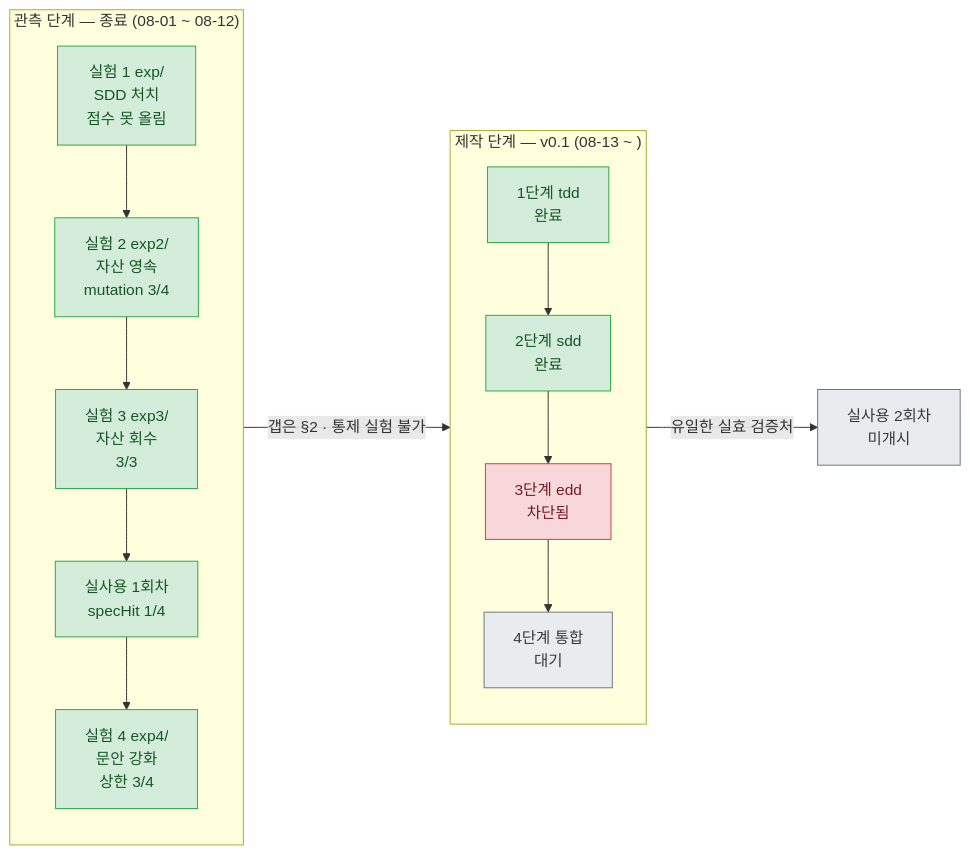
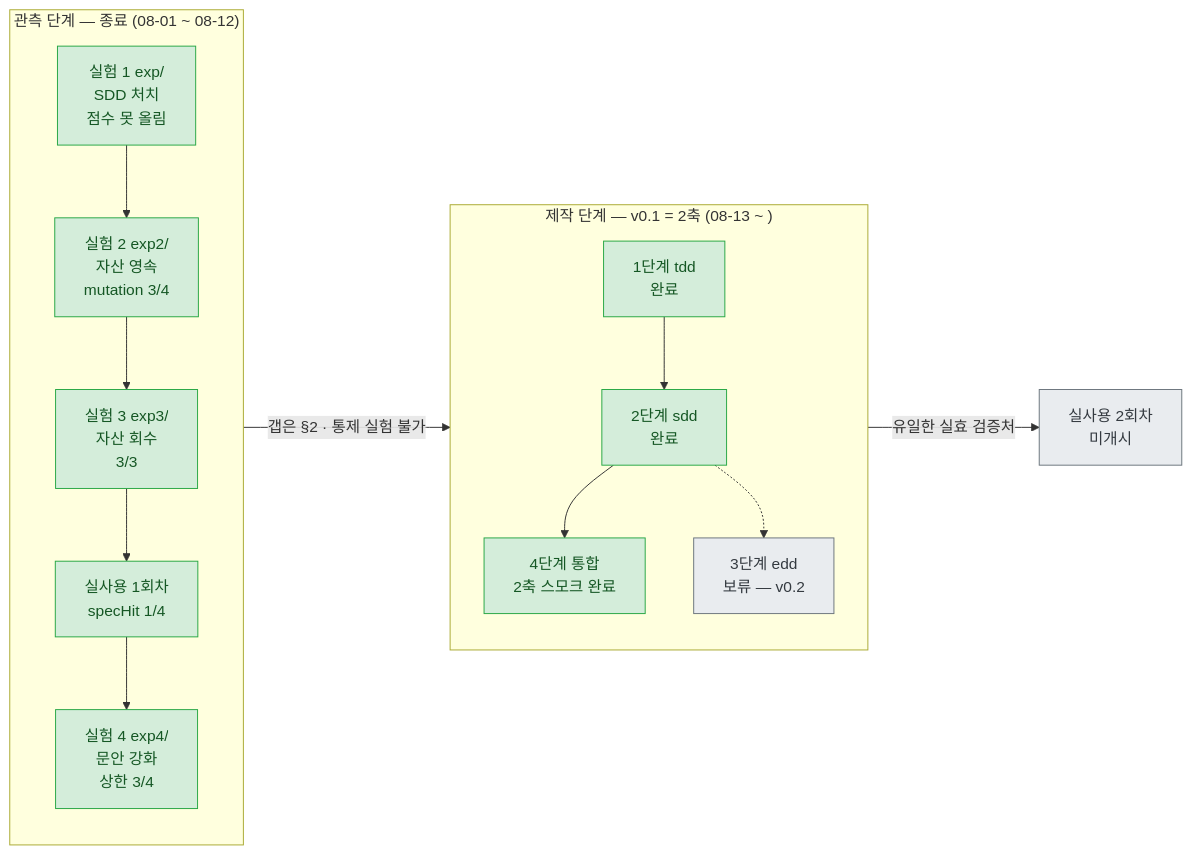
One commit to h102-log/vibe-coding-lab changed the first of 4 diagrams in docs/STATUS.md. Above: the diagram before and after it, drawn with Mermaid. The commit also changed other lines of this file and 18 other files, not shown here.

````diff
--- a/docs/STATUS.md
+++ b/docs/STATUS.md
@@ -20,31 +20,31 @@
 ```mermaid
 flowchart LR
   subgraph OBS["관측 단계 — 종료 (08-01 ~ 08-12)"]
     direction TB
     E1["실험 1 exp/<br/>SDD 처치<br/>점수 못 올림"]
     E2["실험 2 exp2/<br/>자산 영속<br/>mutation 3/4"]
     E3["실험 3 exp3/<br/>자산 회수<br/>3/3"]
     E4["실사용 1회차<br/>specHit 1/4"]
     E5["실험 4 exp4/<br/>문안 강화<br/>상한 3/4"]
     E1 --> E2 --> E3 --> E4 --> E5
   end
 
-  subgraph BUILD["제작 단계 — v0.1 (08-13 ~ )"]
+  subgraph BUILD["제작 단계 — v0.1 = 2축 (08-13 ~ )"]
     direction TB
     S1["1단계 tdd<br/>완료"]
     S2["2단계 sdd<br/>완료"]
-    S3["3단계 edd<br/>차단됨"]
-    S4["4단계 통합<br/>대기"]
-    S1 --> S2 --> S3 --> S4
+    S3["3단계 edd<br/>보류 — v0.2"]
+    S4["4단계 통합<br/>2축 스모크 완료"]
+    S1 --> S2 --> S4
+    S2 -.-> S3
   end
 
   OBS -->|"갭은 §2 · 통제 실험 불가"| BUILD
   S4 -->|"유일한 실효 검증처"| USE["실사용 2회차<br/>미개시"]
 
   classDef done fill:#d4edda,stroke:#28a745,color:#155724
   classDef blocked fill:#f8d7da,stroke:#dc3545,color:#721c24
   classDef wait fill:#e9ecef,stroke:#6c757d,color:#343a40
-  class E1,E2,E3,E4,E5,S1,S2 done
-  class S3 blocked
-  class S4,USE wait
+  class E1,E2,E3,E4,E5,S1,S2,S4 done
+  class S3,USE wait
 ```
````
